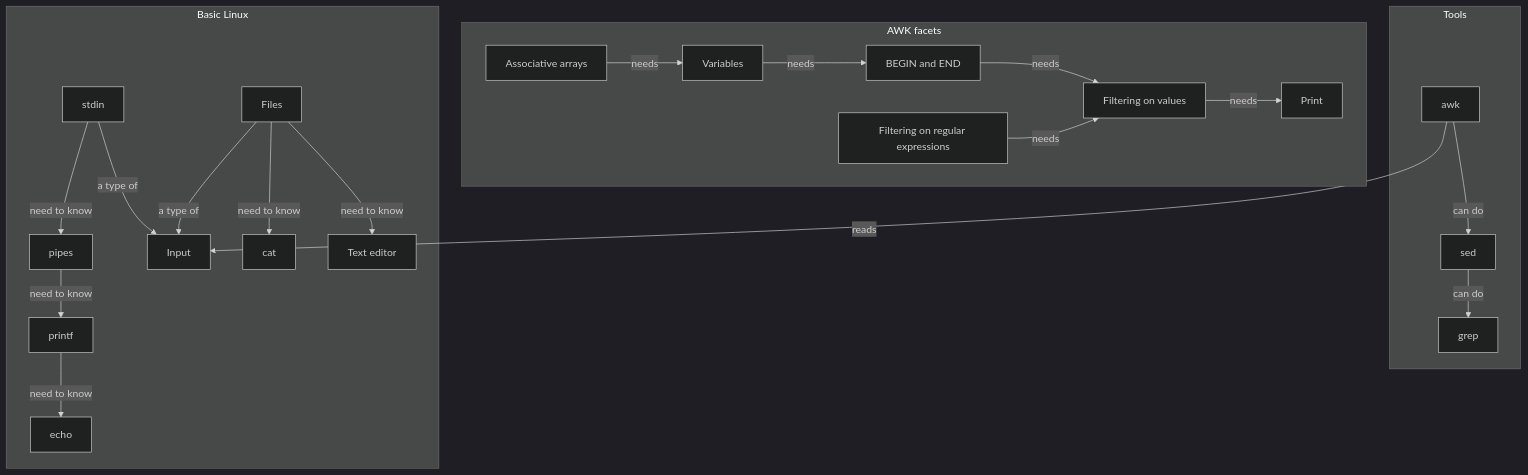
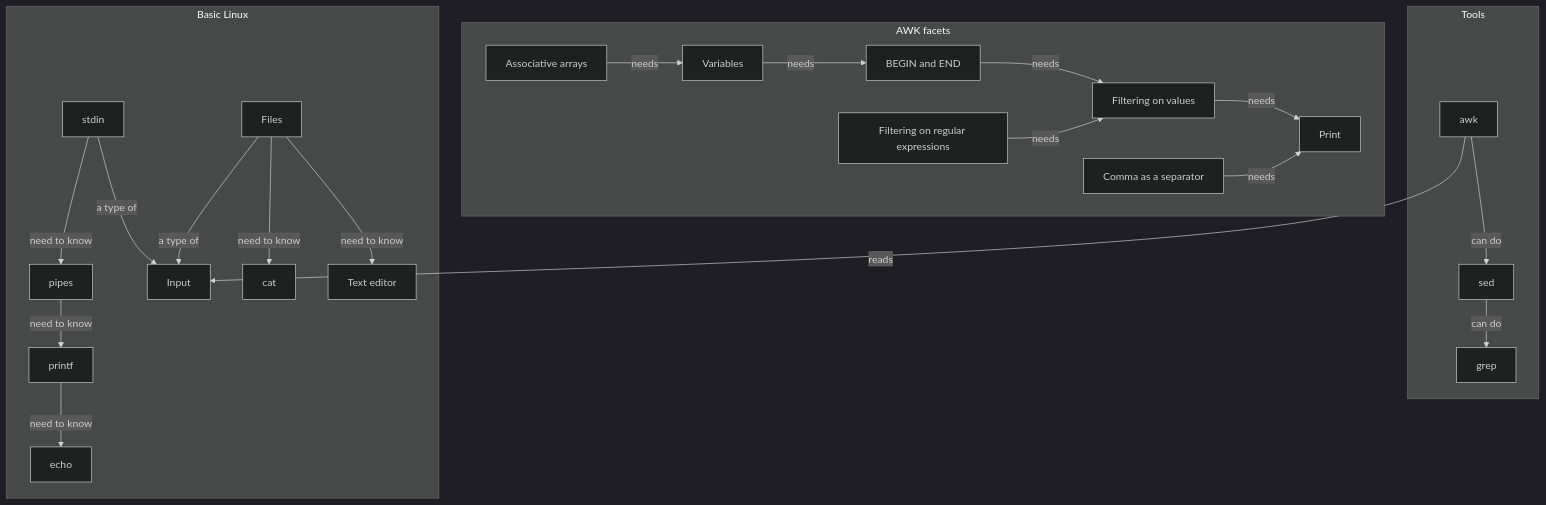
Before and after one commit to richelbilderbeek/awk_course: the diagram in docs/morning_session/overview.md, drawn with Mermaid (dark theme). The commit also changed other lines of this file and 1 other file, not shown here.

````diff
--- a/docs/morning_session/overview.md
+++ b/docs/morning_session/overview.md
@@ -37,52 +40,54 @@
 ```mermaid
 flowchart TD
 
   subgraph awk_facets[AWK facets]
     print[Print]
     filtering_on_values[Filtering on values]
     begin_and_end[BEGIN and END]
     variables[Variables]
     associative_arrays[Associative arrays]
     filtering_on_regex[Filtering on regular expressions]
+    comma_as_separator[Comma as a separator]
   end
 
   subgraph tools[Tools]
     awk
     sed
     grep
   end
 
   subgraph basic_linux[Basic Linux]
     pipes
     echo
     printf
     stdin
     files[Files]
     input[Input]
     cat
     editor[Text editor]
   end
 
   %% Facets of AWK
   filtering_on_values --> |needs| print
+  comma_as_separator --> |needs| print
   begin_and_end --> |needs| filtering_on_values
   variables --> |needs| begin_and_end
   associative_arrays --> |needs| variables
   filtering_on_regex --> |needs| filtering_on_values
 
   %% Tools
   awk --> |can do| sed 
   sed --> |can do| grep
   %% grep --> |uses| regex
 
   %% Basic Linux
   stdin --> |need to know| pipes
   printf --> |need to know| echo
   pipes --> |need to know| printf
   files --> |need to know| cat
   files --> |need to know| editor
   files --> |a type of| input
   stdin --> |a type of| input
   awk --> |reads| input
-  
+
 ```
````
